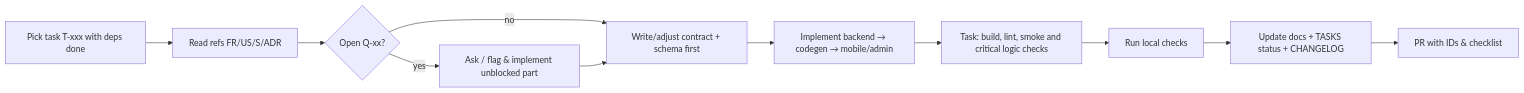
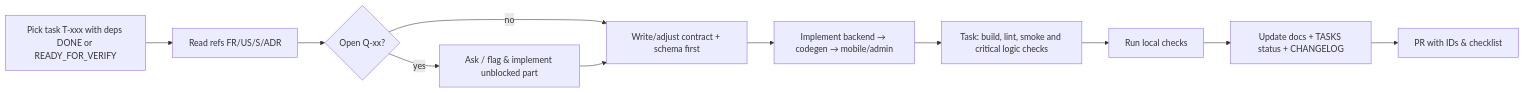
One commit to Priyankaagrawal/supplybiz changed the diagram in docs/05-ai-development/AGENTS.md. Above: the diagram before and after it, drawn with Mermaid. The commit also changed other lines of this file and 5 other files, not shown here.

Commit message:
Rule changes READY_FOR_VERIFY

````diff
--- a/docs/05-ai-development/AGENTS.md
+++ b/docs/05-ai-development/AGENTS.md
@@ -45,13 +45,13 @@
 ```mermaid
 flowchart LR
-    A[Pick task T-xxx with deps done] --> B[Read refs FR/US/S/ADR]
+    A[Pick task T-xxx with deps DONE or READY_FOR_VERIFY] --> B[Read refs FR/US/S/ADR]
     B --> C{Open Q-xx?}
     C -- yes --> D[Ask / flag & implement unblocked part]
     C -- no --> E[Write/adjust contract + schema first]
     D --> E
     E --> F[Implement backend → codegen → mobile/admin]
     F --> G[Task: build, lint, smoke and critical logic checks]
     G --> H[Run local checks]
     H --> I[Update docs + TASKS status + CHANGELOG]
     I --> J[PR with IDs & checklist]
 ```
````
